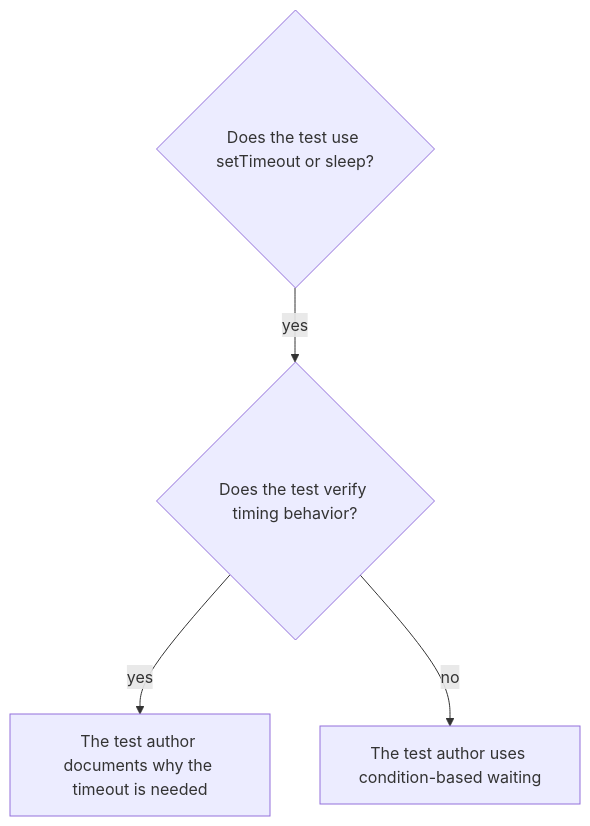
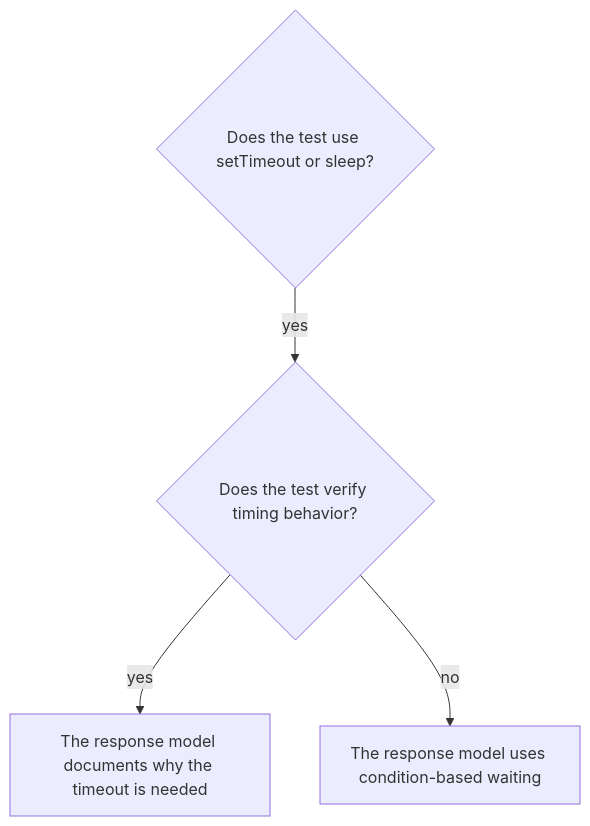
Before and after one commit to AidALL/ghost-alice: the diagram in coding-convention/systematic-debugging/references/condition-based-waiting.md, drawn with Mermaid. The commit also changed 77 other files, not shown here.

```diff
--- a/coding-convention/systematic-debugging/references/condition-based-waiting.md
+++ b/coding-convention/systematic-debugging/references/condition-based-waiting.md
@@ -11,6 +11,6 @@
 ~~~mermaid
 flowchart TD
   A{"Does the test use setTimeout or sleep?"} -->|yes| B{"Does the test verify timing behavior?"}
-  B -->|yes| C["The test author documents why the timeout is needed"]
-  B -->|no| D["The test author uses condition-based waiting"]
+  B -->|yes| C["The response model documents why the timeout is needed"]
+  B -->|no| D["The response model uses condition-based waiting"]
 ~~~
```
